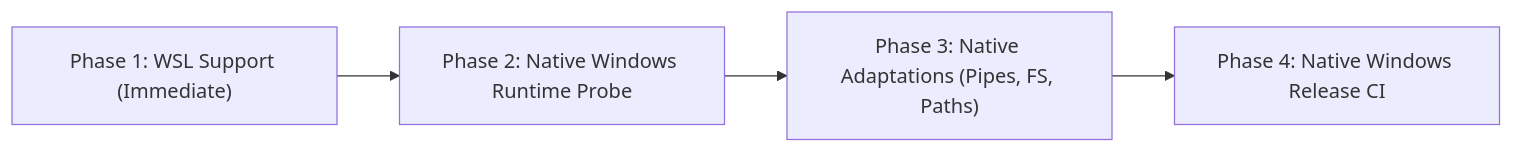
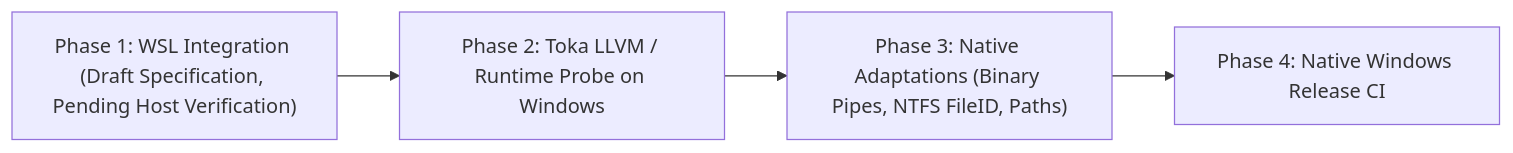
Before and after one commit to tokalang/trg: the diagram in docs/research/windows_and_wsl_feasibility.md, drawn with Mermaid. The commit also changed other lines of this file and 3 other files, not shown here.

````diff
--- a/docs/research/windows_and_wsl_feasibility.md
+++ b/docs/research/windows_and_wsl_feasibility.md
@@ -16,6 +16,6 @@
 ```mermaid
 flowchart LR
-    P1["Phase 1: WSL Support (Immediate)"] --> P2["Phase 2: Native Windows Runtime Probe"]
-    P2 --> P3["Phase 3: Native Adaptations (Pipes, FS, Paths)"]
+    P1["Phase 1: WSL Integration (Draft Specification, Pending Host Verification)"] --> P2["Phase 2: Toka LLVM / Runtime Probe on Windows"]
+    P2 --> P3["Phase 3: Native Adaptations (Binary Pipes, NTFS FileID, Paths)"]
     P3 --> P4["Phase 4: Native Windows Release CI"]
 ```
````
